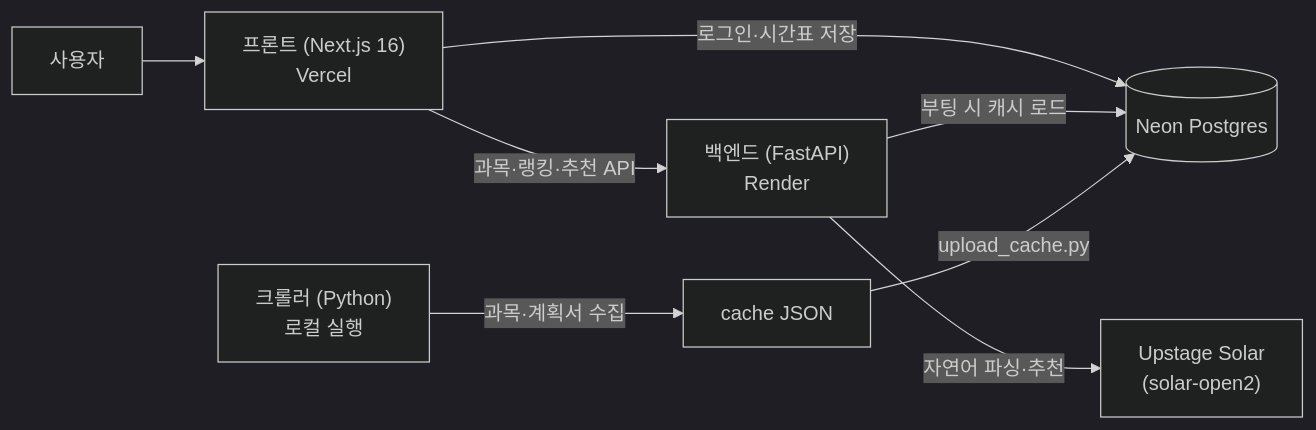
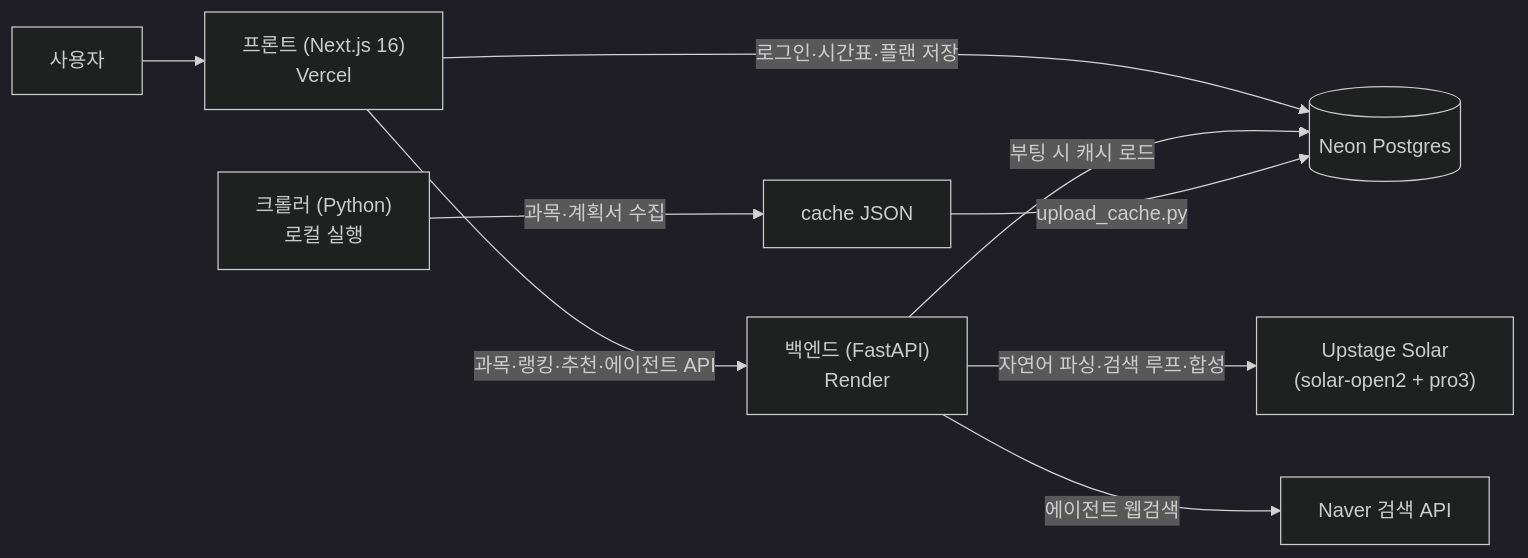
The diagram in README.md (IM5K58/SyllaFit), drawn with Mermaid (dark theme) before and after one commit. The commit also changed other lines of this file and 14 other files, not shown here.

````diff
--- a/README.md
+++ b/README.md
@@ -32,10 +34,11 @@
 ```mermaid
 flowchart LR
     U[사용자] --> FE["프론트 (Next.js 16)<br/>Vercel"]
-    FE -->|과목·랭킹·추천 API| BE["백엔드 (FastAPI)<br/>Render"]
-    FE -->|로그인·시간표 저장| DB[("Neon Postgres")]
+    FE -->|과목·랭킹·추천·에이전트 API| BE["백엔드 (FastAPI)<br/>Render"]
+    FE -->|로그인·시간표·플랜 저장| DB[("Neon Postgres")]
     BE -->|부팅 시 캐시 로드| DB
-    BE -->|자연어 파싱·추천| SOLAR["Upstage Solar<br/>(solar-open2)"]
+    BE -->|자연어 파싱·검색 루프·합성| SOLAR["Upstage Solar<br/>(solar-open2 + pro3)"]
+    BE -->|에이전트 웹검색| NAVER["Naver 검색 API"]
     CR["크롤러 (Python)<br/>로컬 실행"] -->|과목·계획서 수집| CACHE["cache JSON"]
     CACHE -->|upload_cache.py| DB
 ```
````
